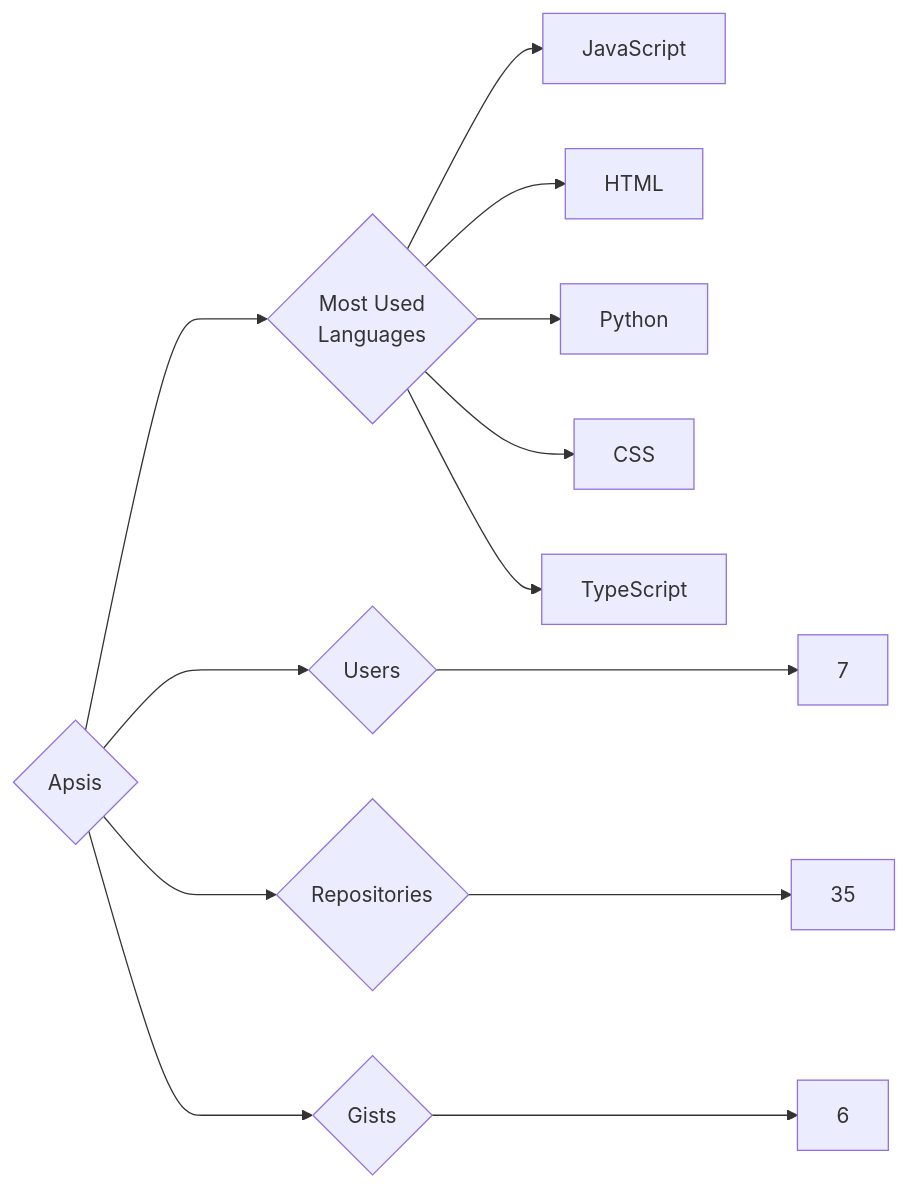
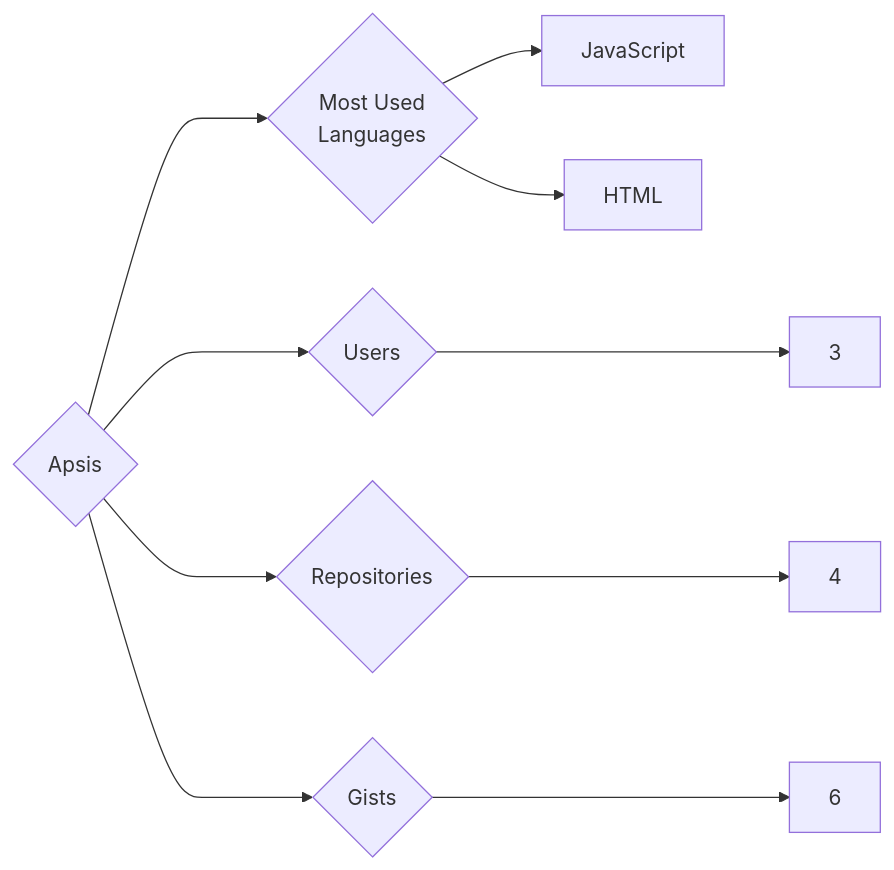
Before and after one commit to trickest/insiders: the diagram in targets/Apsis/README.md, drawn with Mermaid. The commit also changed 823 other files, not shown here.

````diff
--- a/targets/Apsis/README.md
+++ b/targets/Apsis/README.md
@@ -3,13 +3,10 @@
 ```mermaid
 graph LR
 COMPANY_NAME{Apsis}
-COMPANY_NAME ---> U{Users} ---> UN[7]
-COMPANY_NAME ---> R{Repositories} ---> RN[35]
+COMPANY_NAME ---> U{Users} ---> UN[3]
+COMPANY_NAME ---> R{Repositories} ---> RN[4]
 COMPANY_NAME ---> G{Gists} ---> GN[6]
 COMPANY_NAME ---> ML{Most Used<br>Languages}
 ML --> JavaScript[JavaScript]
 ML --> HTML[HTML]
-ML --> Python[Python]
-ML --> CSS[CSS]
-ML --> TypeScript[TypeScript]
 ```
````
